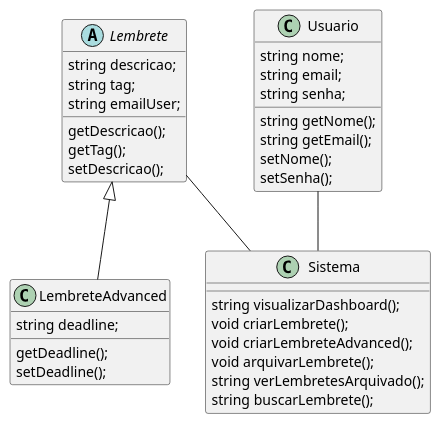
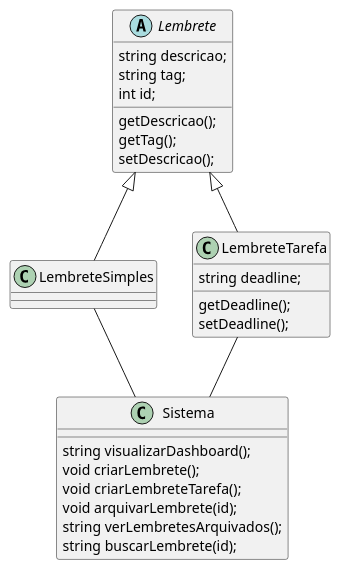
The diagram in Sistema.puml (Ewerton-Leonardo/SistemaDeLembrete), drawn with PlantUML before and after one commit. The commit also changed 5 other files, not shown here.

```diff
--- a/Sistema.puml
+++ b/Sistema.puml
@@ -1,45 +1,39 @@
 @startuml
 
 abstract class Lembrete{
     string descricao;
     string tag;
-    string emailUser;
+    int id;
 
 
     getDescricao();
     getTag();
     setDescricao();
 }
 
-class LembreteAdvanced extends Lembrete{
+class LembreteSimples extends Lembrete{
+}
+
+class LembreteTarefa extends Lembrete{
     string deadline;
 
     getDeadline();
     setDeadline();
 }
 
-class Usuario{
-    string nome;
-    string email;
-    string senha;
-
-    string getNome();
-    string getEmail();
-    setNome();
-    setSenha();
-}
-
 class Sistema{
     string visualizarDashboard();
     void criarLembrete();
-    void criarLembreteAdvanced();
-    void arquivarLembrete();
-    string verLembretesArquivado();
-    string buscarLembrete();
+    void criarLembreteTarefa();
+    void arquivarLembrete(id);
+    string verLembretesArquivados();
+    string buscarLembrete(id);
     }
-Lembrete -- Sistema
-Usuario -- Sistema
+
+LembreteSimples -- Sistema
+LembreteTarefa -- Sistema
+
 
 
 
 @enduml
```
